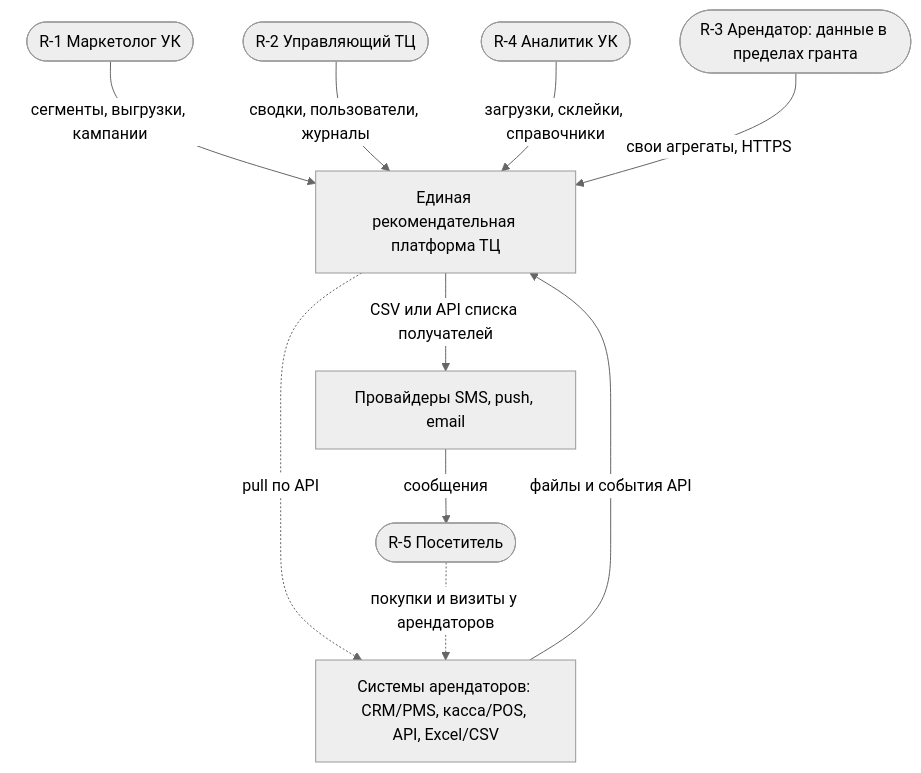
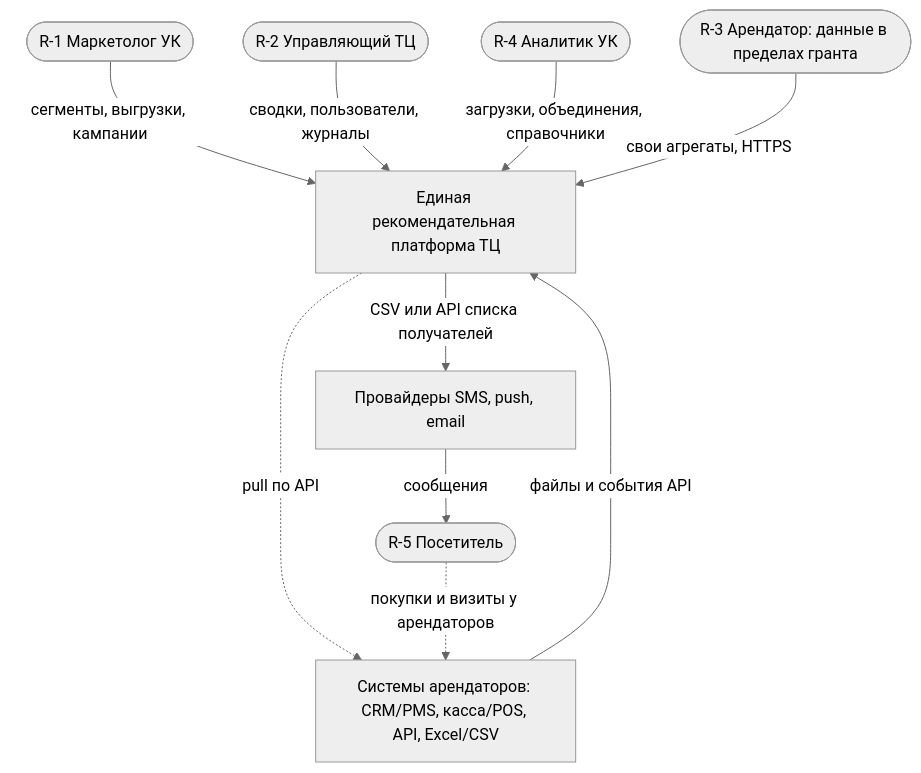
Before and after one commit to MangriMen/UCRP: the first of 5 diagrams in docs/design/12-c4.md, drawn with Mermaid (neutral theme). The commit also changed other lines of this file and 41 other files, not shown here.

````diff
--- a/docs/design/12-c4.md
+++ b/docs/design/12-c4.md
@@ -7,20 +7,20 @@
 ```mermaid
 flowchart TB
   R1(["R-1 Маркетолог УК"])
   R2(["R-2 Управляющий ТЦ"])
   R4(["R-4 Аналитик УК"])
   R3(["R-3 Арендатор: данные в пределах гранта"])
   R5(["R-5 Посетитель"])
   P["Единая рекомендательная платформа ТЦ"]
   TS["Системы арендаторов: CRM/PMS, касса/POS, API, Excel/CSV"]
   PR["Провайдеры SMS, push, email"]
   R1 -->|"сегменты, выгрузки, кампании"| P
   R2 -->|"сводки, пользователи, журналы"| P
-  R4 -->|"загрузки, склейки, справочники"| P
+  R4 -->|"загрузки, объединения, справочники"| P
   R3 -->|"свои агрегаты, HTTPS"| P
   TS -->|"файлы и события API"| P
   P -.->|"pull по API"| TS
   P -->|"CSV или API списка получателей"| PR
   PR -->|"сообщения"| R5
   R5 -.->|"покупки и визиты у арендаторов"| TS
 ```
````
